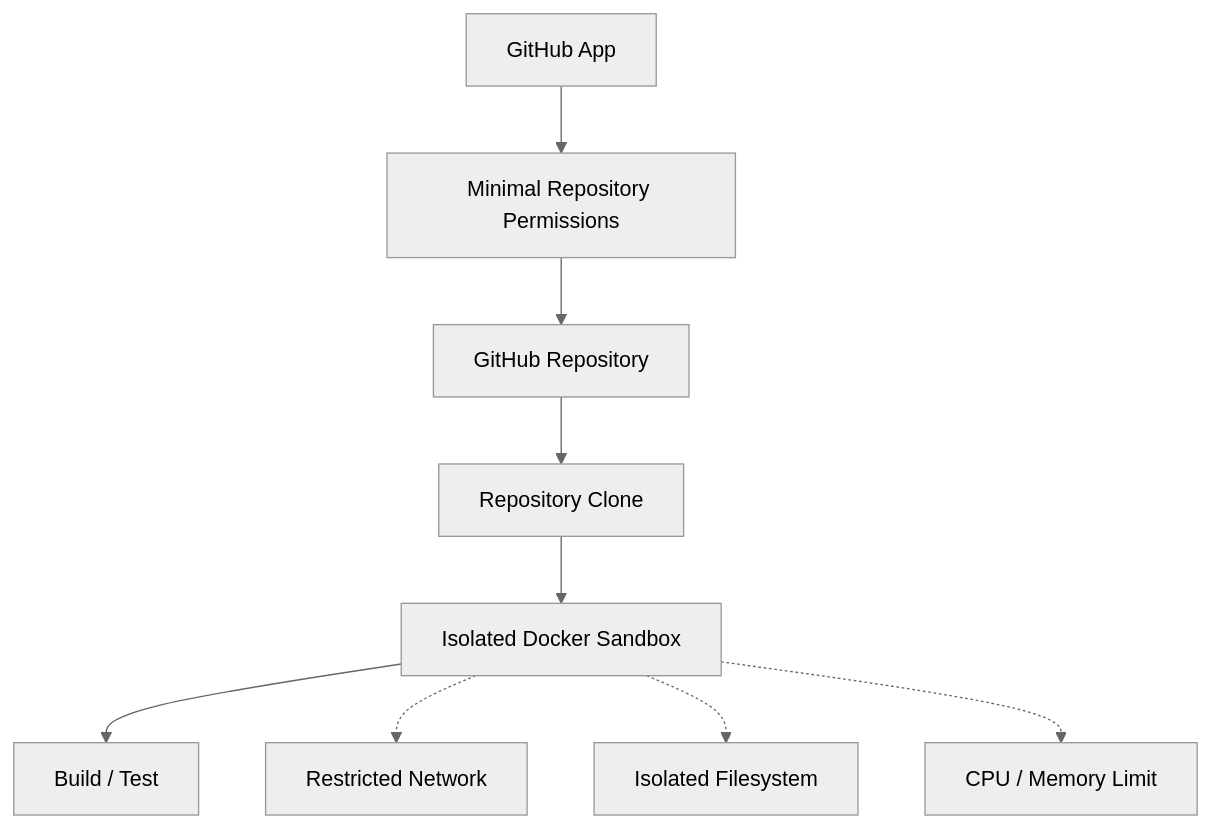
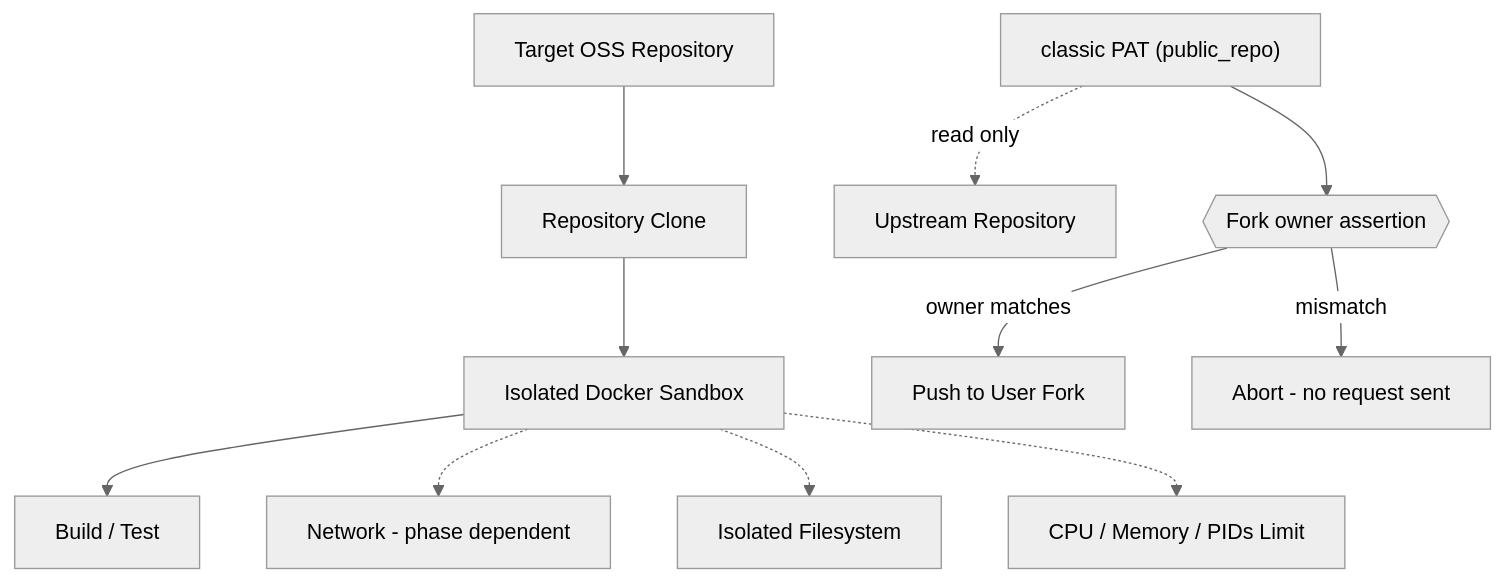
Diagram 23 of 32 in docs/ai-oss-contributor-agent-prd.md (smileboy0014/ai-oss-contributor-agent), drawn with Mermaid (neutral theme) before and after one commit. The commit also changed other lines of this file, not shown here.

````diff
--- a/docs/ai-oss-contributor-agent-prd.md
+++ b/docs/ai-oss-contributor-agent-prd.md
@@ -663,15 +722,17 @@
 ```mermaid
 flowchart TB
-    GitHub[GitHub Repository]
+    GitHub[Target OSS Repository]
     --> Clone[Repository Clone]
     Clone --> Sandbox[Isolated Docker Sandbox]
     Sandbox --> Build[Build / Test]
 
-    Sandbox -.-> Internet[Restricted Network]
+    Sandbox -.-> Network[Network - phase dependent]
     Sandbox -.-> Filesystem[Isolated Filesystem]
-    Sandbox -.-> Resources[CPU / Memory Limit]
+    Sandbox -.-> Resources[CPU / Memory / PIDs Limit]
 
-    GitHubApp[GitHub App]
-    --> Permission[Minimal Repository Permissions]
-    Permission --> GitHub
+    PAT["classic PAT (public_repo)"]
+    PAT -.->|read only| Upstream[Upstream Repository]
+    PAT --> Assert{{"Fork owner assertion"}}
+    Assert -->|owner matches| ForkPush[Push to User Fork]
+    Assert -->|mismatch| Abort[Abort - no request sent]
 ```
````
